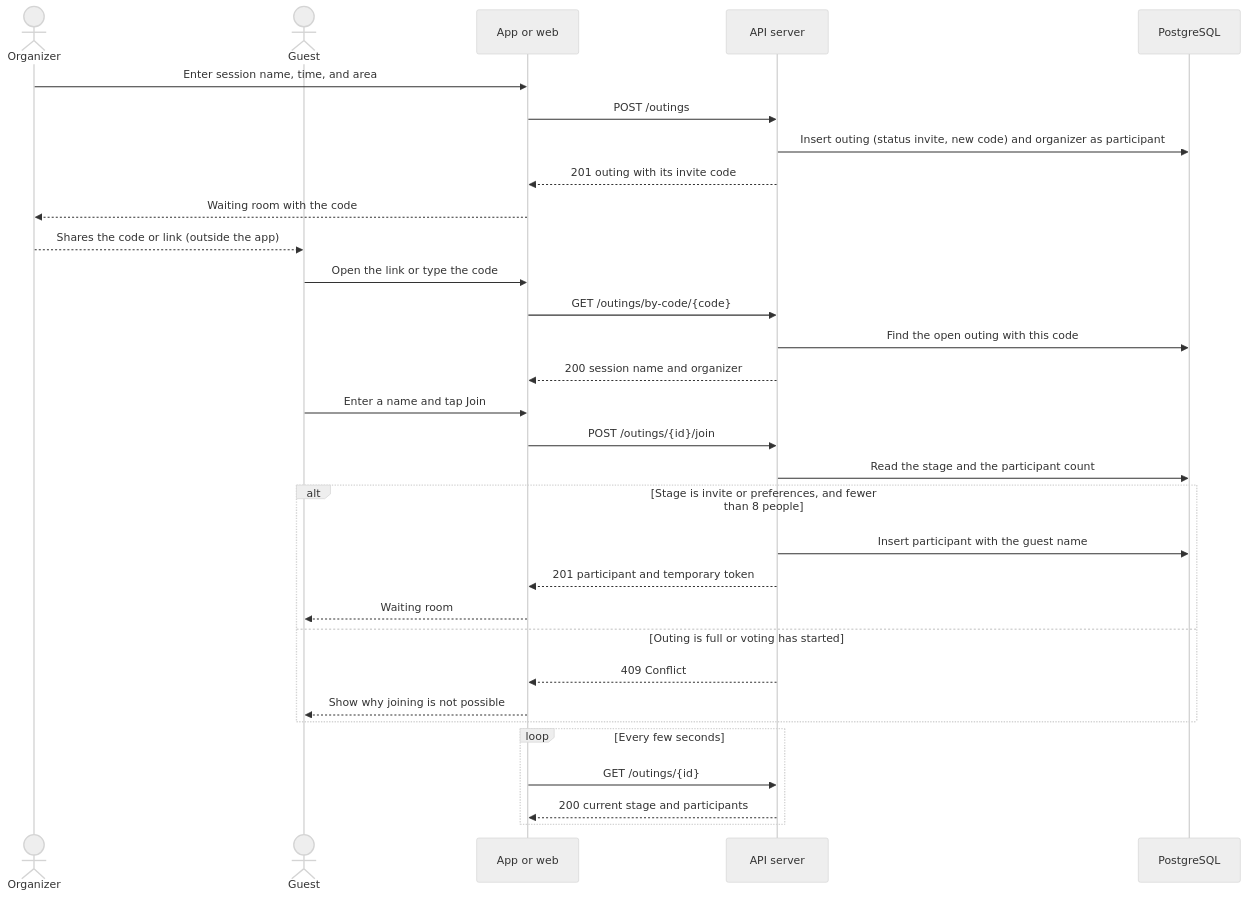
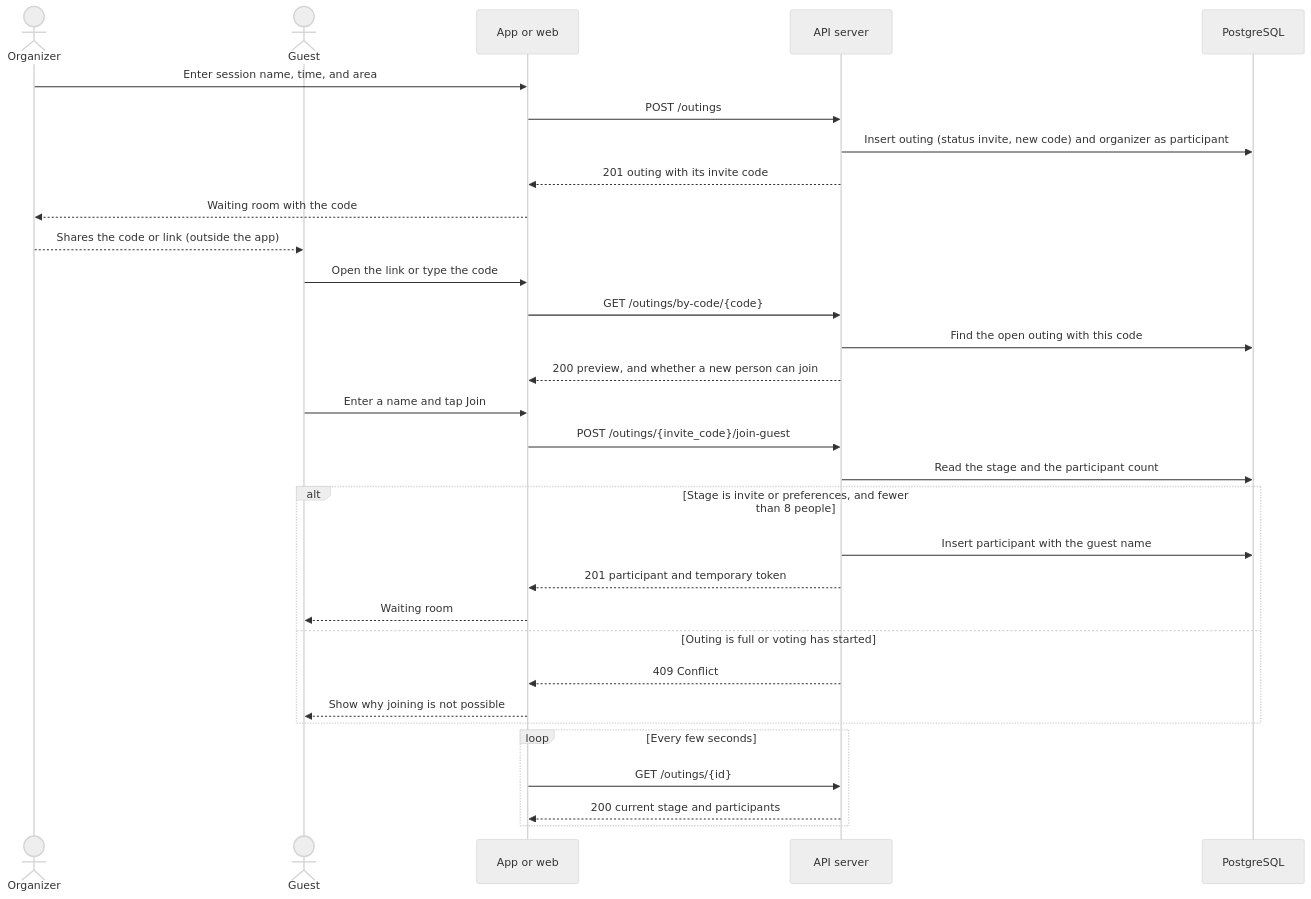
Before and after one commit to shathaaa1110-arch/Portfolio-Project: the sixth of 11 diagrams in Docs/TechnicalDoc.md, drawn with Mermaid (neutral theme). The commit also changed other lines of this file and 3 other files, not shown here.

````diff
--- a/Docs/TechnicalDoc.md
+++ b/Docs/TechnicalDoc.md
@@ -949,36 +949,36 @@
 ```mermaid
 sequenceDiagram
     actor O as Organizer
     actor G as Guest
     participant A as App or web
     participant API as API server
     participant DB as PostgreSQL
  
     O->>A: Enter session name, time, and area
     A->>API: POST /outings
     API->>DB: Insert outing (status invite, new code) and organizer as participant
     API-->>A: 201 outing with its invite code
     A-->>O: Waiting room with the code
     O-->>G: Shares the code or link (outside the app)
  
     G->>A: Open the link or type the code
     A->>API: GET /outings/by-code/{code}
     API->>DB: Find the open outing with this code
-    API-->>A: 200 session name and organizer
+    API-->>A: 200 preview, and whether a new person can join
     G->>A: Enter a name and tap Join
-    A->>API: POST /outings/{id}/join
+    A->>API: POST /outings/{invite_code}/join-guest
     API->>DB: Read the stage and the participant count
     alt Stage is invite or preferences, and fewer than 8 people
         API->>DB: Insert participant with the guest name
         API-->>A: 201 participant and temporary token
         A-->>G: Waiting room
     else Outing is full or voting has started
         API-->>A: 409 Conflict
         A-->>G: Show why joining is not possible
     end
  
     loop Every few seconds
         A->>API: GET /outings/{id}
         API-->>A: 200 current stage and participants
     end
 ```
````
